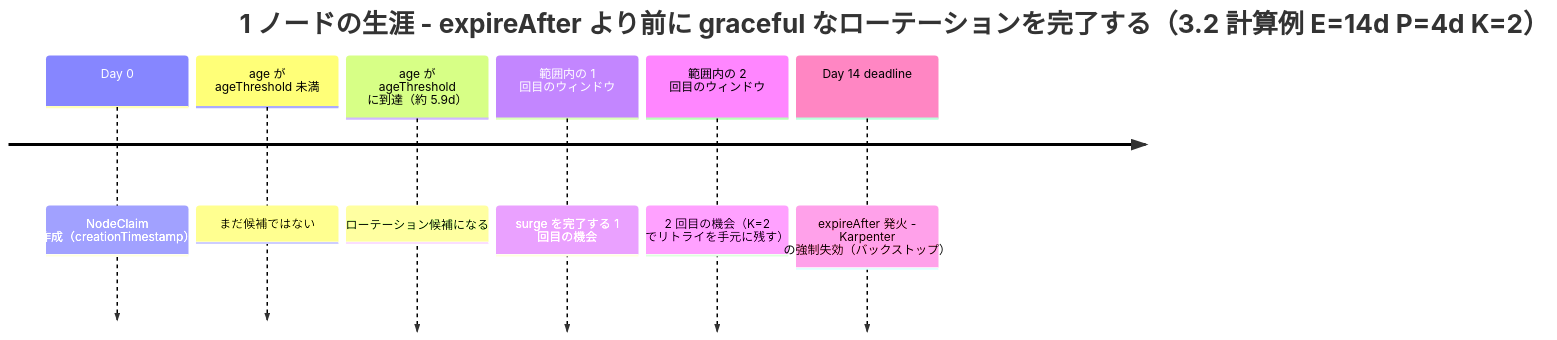
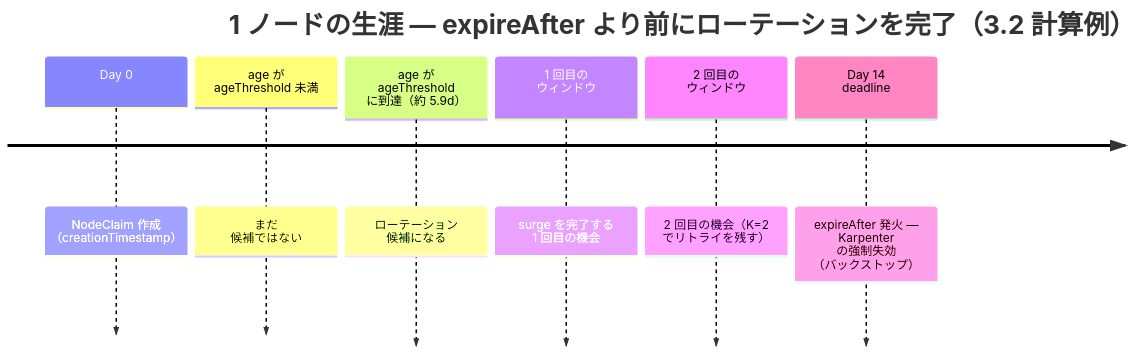
The first of 5 diagrams in docs/ja/specification.md (AkashiSN/node-rotation-controller), drawn with Mermaid before and after one commit. The commit also changed 1 other file, not shown here.

Commit message:
docs(spec): wrap §3.2 timeline labels to two lines, shorten the title
The timeline boxes and the long title made the diagram very wide. Wrap each
period/event label to ~2 lines with <br> and trim the title (E/P/K values stay
in the §3.2 prose). Note: <br> works in timeline period/event text but NOT in
the title, so the title is shortened rather than wrapped. EN + JA in sync;
verified by rendering.

````diff
--- a/docs/ja/specification.md
+++ b/docs/ja/specification.md
@@ -197,10 +197,10 @@
 ```mermaid
 timeline
-    title 1 ノードの生涯 - expireAfter より前に graceful なローテーションを完了する（3.2 計算例 E=14d P=4d K=2）
-    Day 0 : NodeClaim 作成（creationTimestamp）
-    age が ageThreshold 未満 : まだ候補ではない
-    age が ageThreshold に到達（約 5.9d） : ローテーション候補になる
-    範囲内の 1 回目のウィンドウ : surge を完了する 1 回目の機会
-    範囲内の 2 回目のウィンドウ : 2 回目の機会（K=2 でリトライを手元に残す）
-    Day 14 deadline : expireAfter 発火 - Karpenter の強制失効（バックストップ）
+    title 1 ノードの生涯 — expireAfter より前にローテーションを完了（3.2 計算例）
+    Day 0 : NodeClaim 作成<br>（creationTimestamp）
+    age が<br>ageThreshold 未満 : まだ<br>候補ではない
+    age が ageThreshold<br>に到達（約 5.9d） : ローテーション<br>候補になる
+    1 回目の<br>ウィンドウ : surge を完了する<br>1 回目の機会
+    2 回目の<br>ウィンドウ : 2 回目の機会（K=2<br>でリトライを残す）
+    Day 14<br>deadline : expireAfter 発火 —<br>Karpenter の強制失効<br>（バックストップ）
 ```
````
